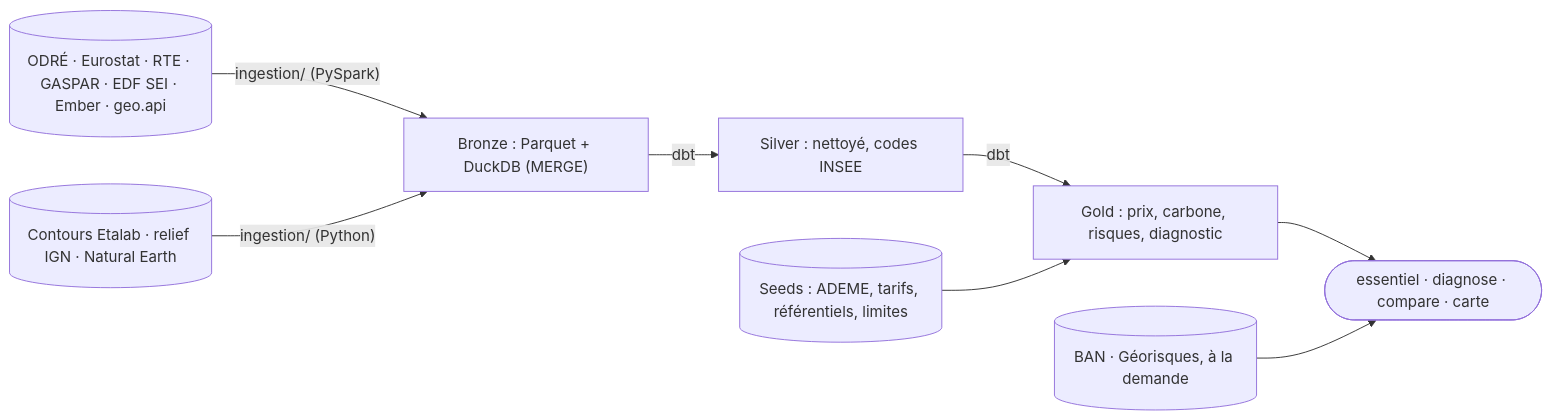
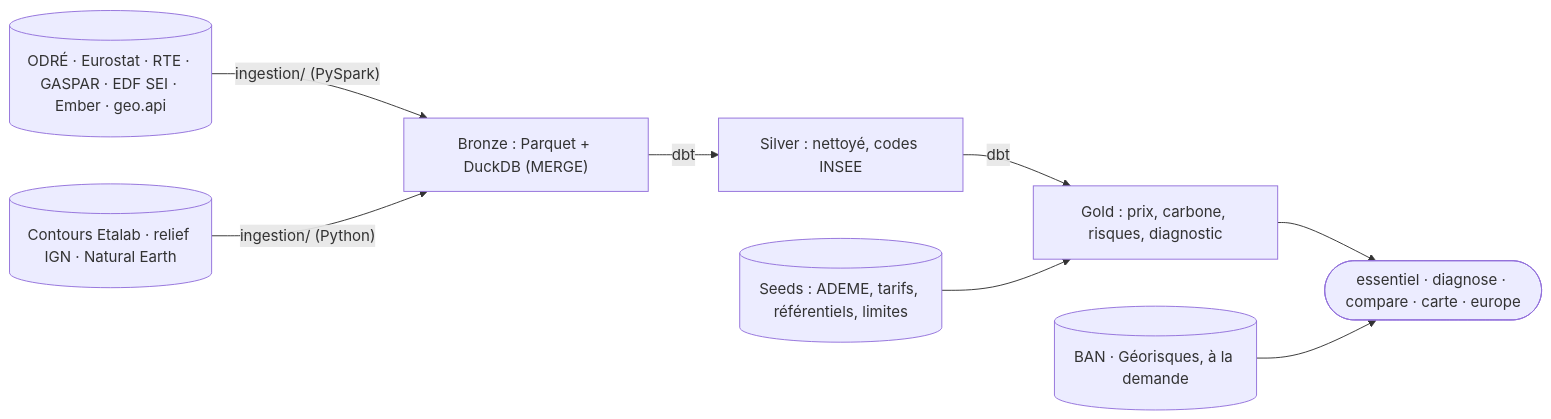
Before and after one commit to Elias-Ouafi/ou-brancher-mon-entreprise: the diagram in README.md, drawn with Mermaid. The commit also changed other lines of this file and 1 other file, not shown here.

First line of the commit message:
Documentation a jour : carte, europe, tables gold recentes

````diff
--- a/README.md
+++ b/README.md
@@ -111,10 +112,10 @@
 ```mermaid
 flowchart LR
     SRC[("ODRÉ · Eurostat · RTE · GASPAR · EDF SEI · Ember · geo.api")] -->|"ingestion/ (PySpark)"| B["Bronze : Parquet + DuckDB (MERGE)"]
     B -->|dbt| S["Silver : nettoyé, codes INSEE"]
     S -->|dbt| G["Gold : prix, carbone, risques, diagnostic"]
     SEEDS[("Seeds : ADEME, tarifs, référentiels, limites")] --> G
     GEO[("Contours Etalab · relief IGN · Natural Earth")] -->|"ingestion/ (Python)"| B
-    G --> CLI(["essentiel · diagnose · compare · carte"])
+    G --> CLI(["essentiel · diagnose · compare · carte · europe"])
     BAN[("BAN · Géorisques, à la demande")] --> CLI
 ```
````
